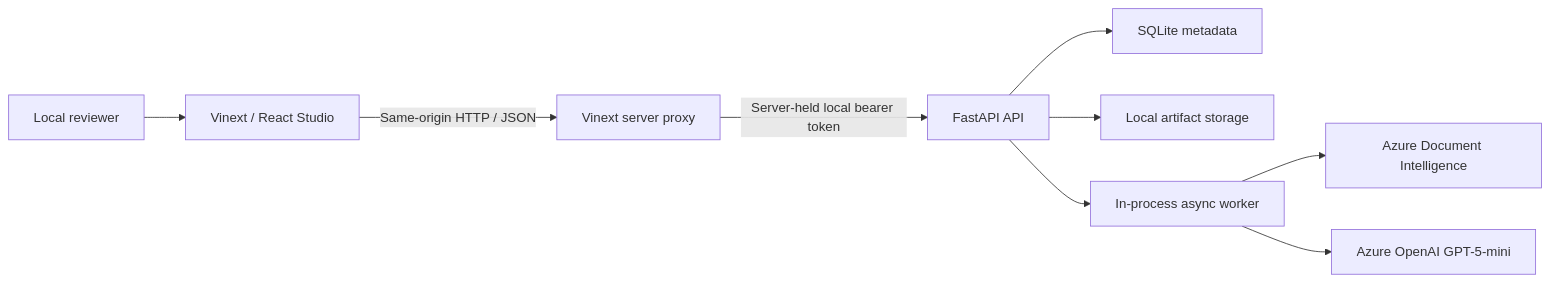
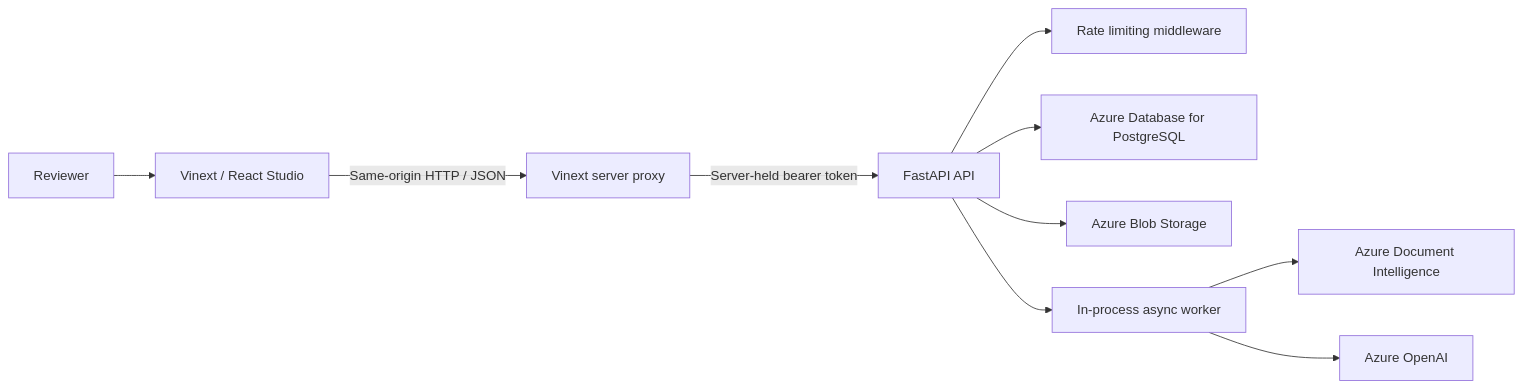
Before and after one commit to Vishwas2311/document-extractor-translator-: the first of 6 diagrams in docs/ARCHITECTURE.md, drawn with Mermaid. The commit also changed other lines of this file and 10 other files, not shown here.

````diff
--- a/docs/ARCHITECTURE.md
+++ b/docs/ARCHITECTURE.md
@@ -38,11 +34,12 @@
 ```mermaid
 flowchart LR
-    User["Local reviewer"] --> Studio["Vinext / React Studio"]
+    User["Reviewer"] --> Studio["Vinext / React Studio"]
     Studio -->|"Same-origin HTTP / JSON"| Proxy["Vinext server proxy"]
-    Proxy -->|"Server-held local bearer token"| API["FastAPI API"]
-    API --> DB["SQLite metadata"]
-    API --> Storage["Local artifact storage"]
+    Proxy -->|"Server-held bearer token"| API["FastAPI API"]
+    API --> RL["Rate limiting middleware"]
+    API --> DB["Azure Database for PostgreSQL"]
+    API --> Storage["Azure Blob Storage"]
     API --> Worker["In-process async worker"]
     Worker --> DI["Azure Document Intelligence"]
-    Worker --> AOAI["Azure OpenAI GPT-5-mini"]
+    Worker --> AOAI["Azure OpenAI"]
 ```
````
